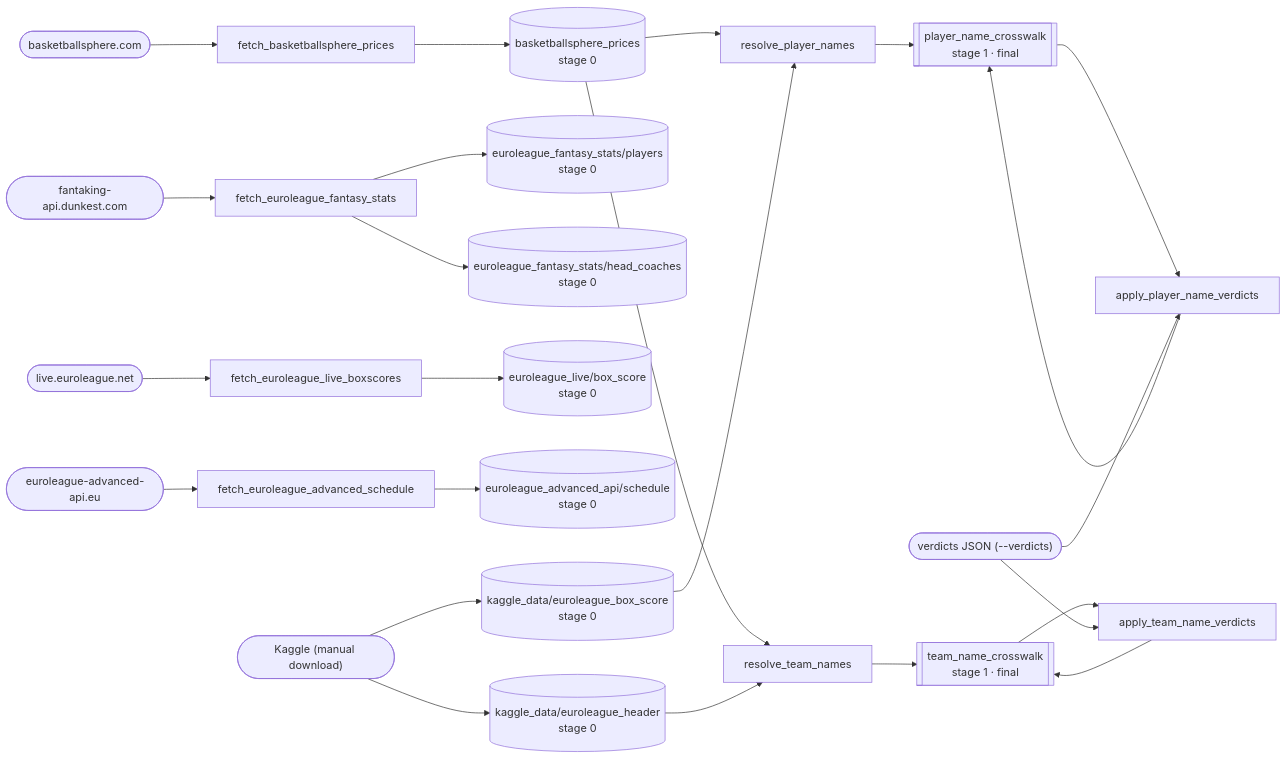
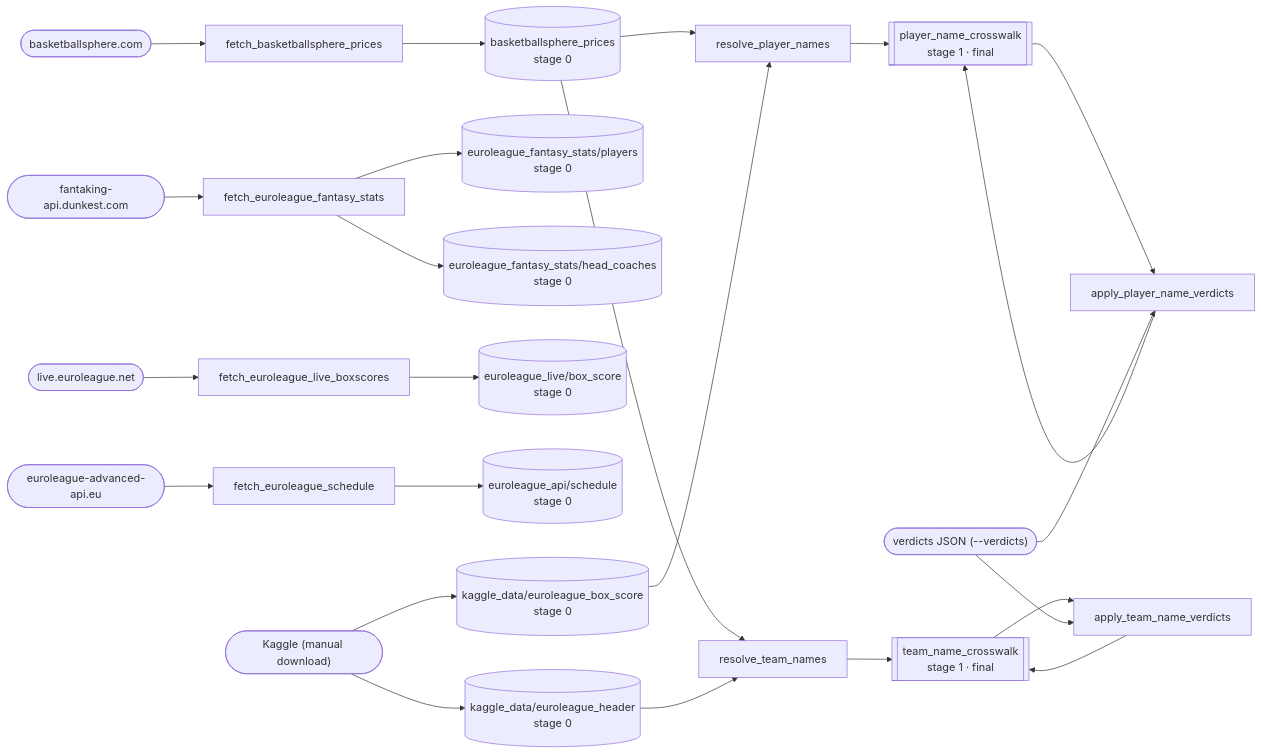
Before and after one commit to Takfes/indie-euroleague: the diagram in docs/data-graph.md, drawn with Mermaid. The commit also changed 4 other files, not shown here.

First line of the commit message:
refactor(fetchers): drop "advanced" from schedule fetcher and data folder

````diff
--- a/docs/data-graph.md
+++ b/docs/data-graph.md
@@ -7,54 +7,54 @@
 ```mermaid
 flowchart LR
     %% external sources
     bs(["basketballsphere.com"])
     dunkest(["fantaking-api.dunkest.com"])
     live(["live.euroleague.net"])
     adv(["euroleague-advanced-api.eu"])
     kaggle(["Kaggle (manual download)"])
     verdicts(["verdicts JSON (--verdicts)"])
 
     %% scripts
     f_bs["fetch_basketballsphere_prices"]
     f_fs["fetch_euroleague_fantasy_stats"]
     f_live["fetch_euroleague_live_boxscores"]
-    f_sched["fetch_euroleague_advanced_schedule"]
+    f_sched["fetch_euroleague_schedule"]
     r_p["resolve_player_names"]
     a_p["apply_player_name_verdicts"]
     r_t["resolve_team_names"]
     a_t["apply_team_name_verdicts"]
 
     %% raw datasets (stage 0)
     d_prices[("basketballsphere_prices<br/>stage 0")]
     d_players[("euroleague_fantasy_stats/players<br/>stage 0")]
     d_coaches[("euroleague_fantasy_stats/head_coaches<br/>stage 0")]
     d_live[("euroleague_live/box_score<br/>stage 0")]
-    d_sched[("euroleague_advanced_api/schedule<br/>stage 0")]
+    d_sched[("euroleague_api/schedule<br/>stage 0")]
     d_kbox[("kaggle_data/euroleague_box_score<br/>stage 0")]
     d_khdr[("kaggle_data/euroleague_header<br/>stage 0")]
 
     %% produced datasets
     d_pxw[["player_name_crosswalk<br/>stage 1 · final"]]
     d_txw[["team_name_crosswalk<br/>stage 1 · final"]]
 
     bs --> f_bs --> d_prices
     dunkest --> f_fs
     f_fs --> d_players
     f_fs --> d_coaches
     live --> f_live --> d_live
     adv --> f_sched --> d_sched
     kaggle --> d_kbox
     kaggle --> d_khdr
 
     d_prices --> r_p
     d_kbox --> r_p
     r_p --> d_pxw
     d_pxw --> a_p --> d_pxw
     verdicts --> a_p
 
     d_prices --> r_t
     d_khdr --> r_t
     r_t --> d_txw
     d_txw --> a_t --> d_txw
     verdicts --> a_t
 ```
````
